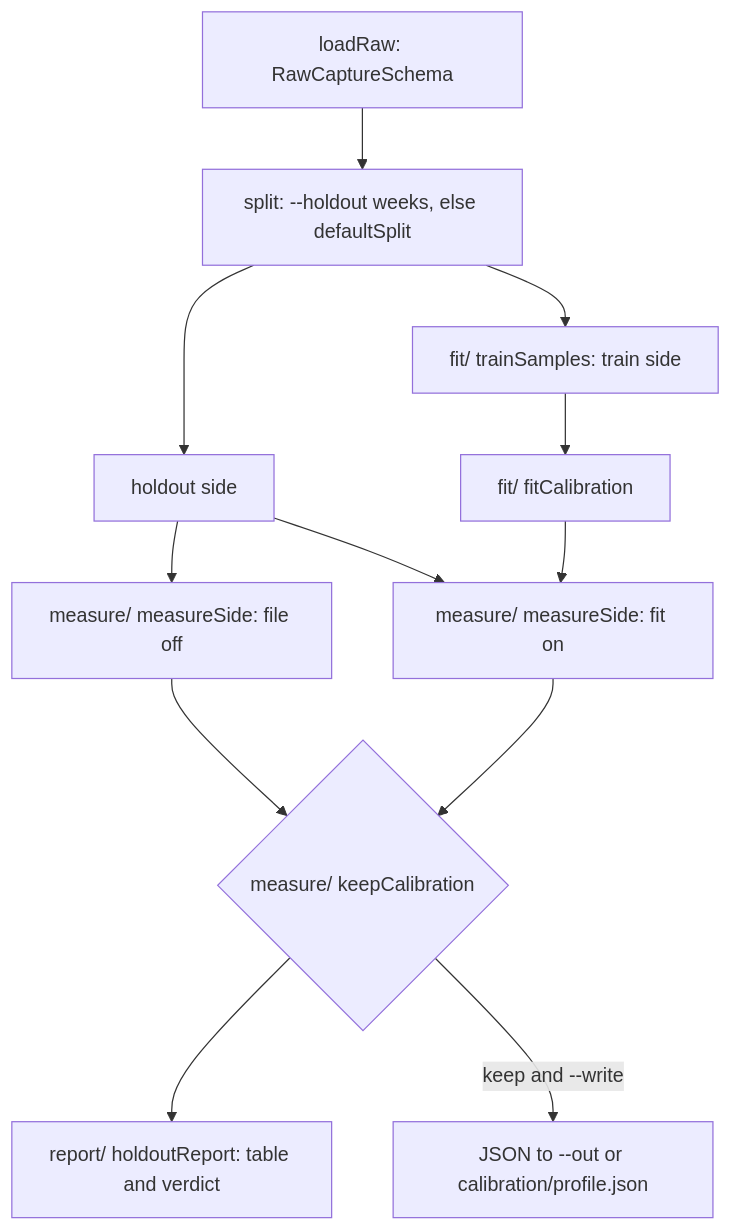
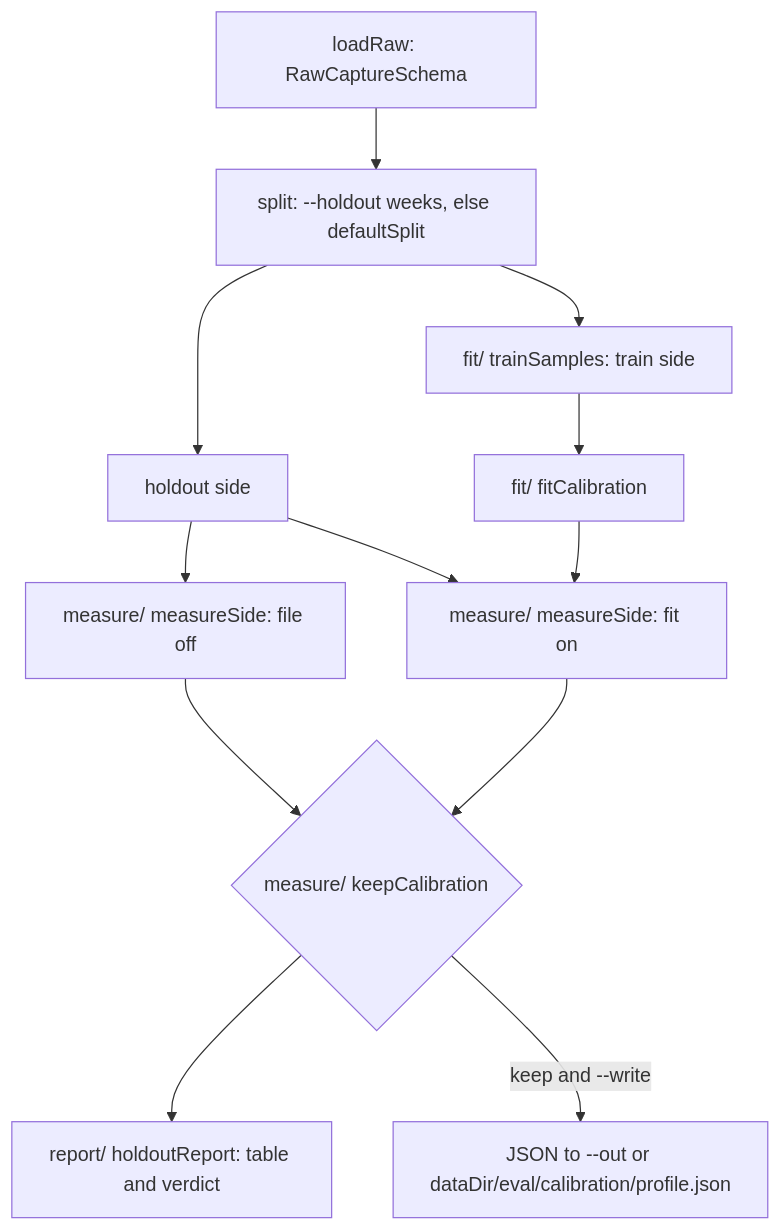
Before and after one commit to odere-pro/weekly-engineering-digest-agent: the second of 2 diagrams in evals/calibration/CLAUDE.md, drawn with Mermaid. The commit also changed other lines of this file and 2 other files, not shown here.

First line of the commit message:
fix(evals): calibrate --write saves under the data folder (W12-03)

````diff
--- a/evals/calibration/CLAUDE.md
+++ b/evals/calibration/CLAUDE.md
@@ -22,12 +22,12 @@
 ```mermaid
 flowchart TD
   load["loadRaw: RawCaptureSchema"] --> split["split: --holdout weeks, else defaultSplit"]
   split --> train["fit/ trainSamples: train side"] --> fit["fit/ fitCalibration"]
   split --> hold["holdout side"]
   hold --> off["measure/ measureSide: file off"]
   hold --> on["measure/ measureSide: fit on"]
   fit --> on
   off & on --> keep{"measure/ keepCalibration"}
   keep --> report["report/ holdoutReport: table and verdict"]
-  keep -->|"keep and --write"| write["JSON to --out or calibration/profile.json"]
+  keep -->|"keep and --write"| write["JSON to --out or dataDir/eval/calibration/profile.json"]
 ```
````
